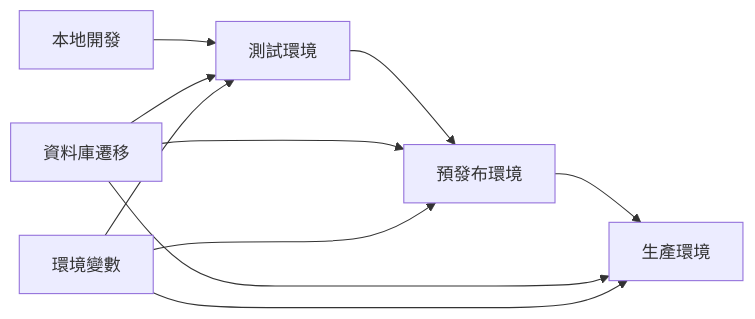
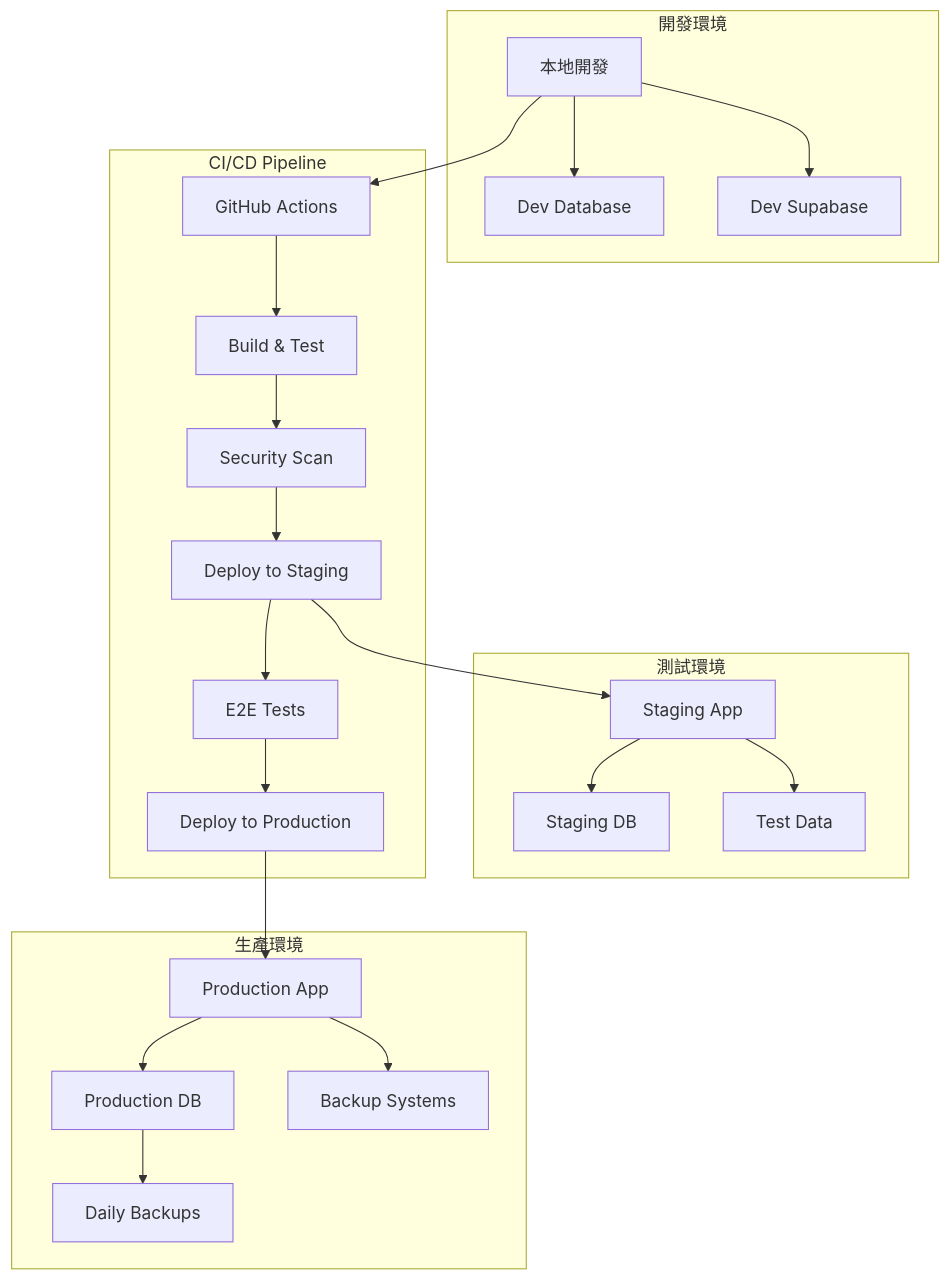
Before and after one commit to aiexkwan/online-stock-control-system: the diagram in docs/role_play/Devops.md, drawn with Mermaid. The commit also changed other lines of this file and 1957 other files, not shown here.

````diff
--- a/docs/role_play/Devops.md
+++ b/docs/role_play/Devops.md
@@ -25,14 +90,30 @@
 ```mermaid
-graph LR
-    A[本地開發] --> B[測試環境]
-    B --> C[預發布環境]
-    C --> D[生產環境]
-    
-    E[資料庫遷移] --> B
-    E --> C
-    E --> D
-    
-    F[環境變數] --> B
-    F --> C
-    F --> D
+graph TB
+    subgraph "開發環境"
+        A[本地開發] --> B[Dev Database]
+        A --> C[Dev Supabase]
+    end
+
+    subgraph "測試環境"
+        D[Staging App] --> E[Staging DB]
+        D --> F[Test Data]
+    end
+
+    subgraph "生產環境"
+        G[Production App] --> H[Production DB]
+        G --> I[Backup Systems]
+        H --> J[Daily Backups]
+    end
+
+    subgraph "CI/CD Pipeline"
+        K[GitHub Actions] --> L[Build & Test]
+        L --> M[Security Scan]
+        M --> N[Deploy to Staging]
+        N --> O[E2E Tests]
+        O --> P[Deploy to Production]
+    end
+
+    A --> K
+    N --> D
+    P --> G
 ```
````
